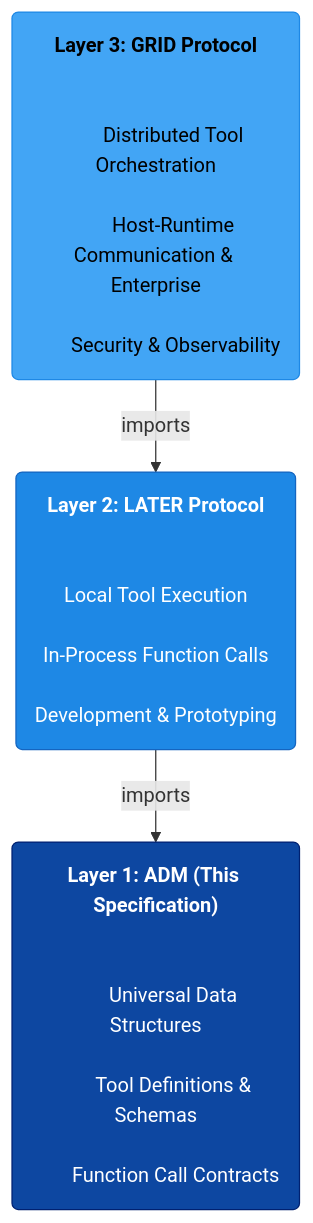
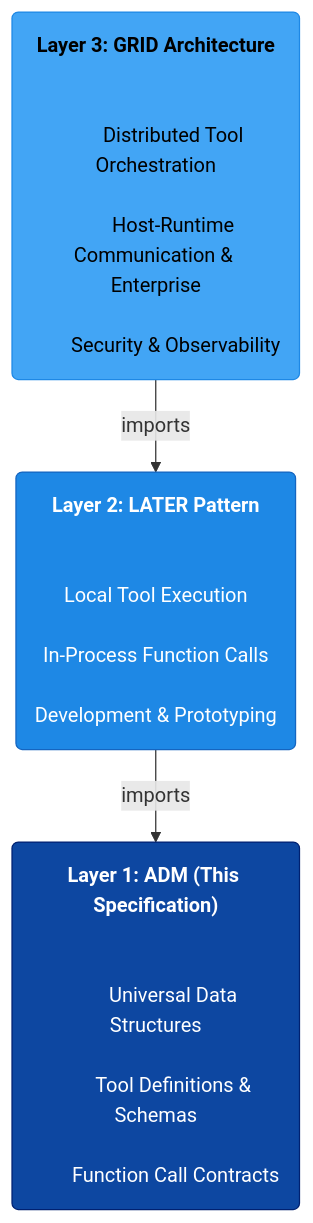
One commit to nshkrdotcom/ALTAR changed the diagram in priv/docs/specs/01-data-model/data-model.md. Above: the diagram before and after it, drawn with Mermaid. The commit also changed other lines of this file and 3 other files, not shown here.

````diff
--- a/priv/docs/specs/01-data-model/data-model.md
+++ b/priv/docs/specs/01-data-model/data-model.md
@@ -24,33 +17,33 @@
 ```mermaid
 graph TB
     %% --- Define Protocol Layers ---
     L3("
-        <strong>Layer 3: GRID Protocol</strong><br/><br/>
+        <strong>Layer 3: GRID Architecture</strong><br/><br/>
         Distributed Tool Orchestration<br/>
         Host-Runtime Communication & Enterprise<br/>
         Security & Observability
     ")
 
     L2("
-        <strong>Layer 2: LATER Protocol</strong><br/><br/>
+        <strong>Layer 2: LATER Pattern</strong><br/><br/>
         Local Tool Execution<br/>
         In-Process Function Calls<br/>
         Development & Prototyping
     ")
 
     L1("
         <strong>Layer 1: ADM (This Specification)</strong><br/><br/>
         Universal Data Structures<br/>
         Tool Definitions & Schemas<br/>
         Function Call Contracts
     ")
 
     %% --- Define Connections ---
     L3 -- imports --> L2
     L2 -- imports --> L1
 
     %% --- Professional Hierarchical Styling ---
     style L3 fill:#42a5f5,stroke:#1e88e5,color:#000000
     style L2 fill:#1e88e5,stroke:#1565c0,color:#ffffff
     style L1 fill:#0d47a1,stroke:#002171,color:#ffffff
 ```
````
